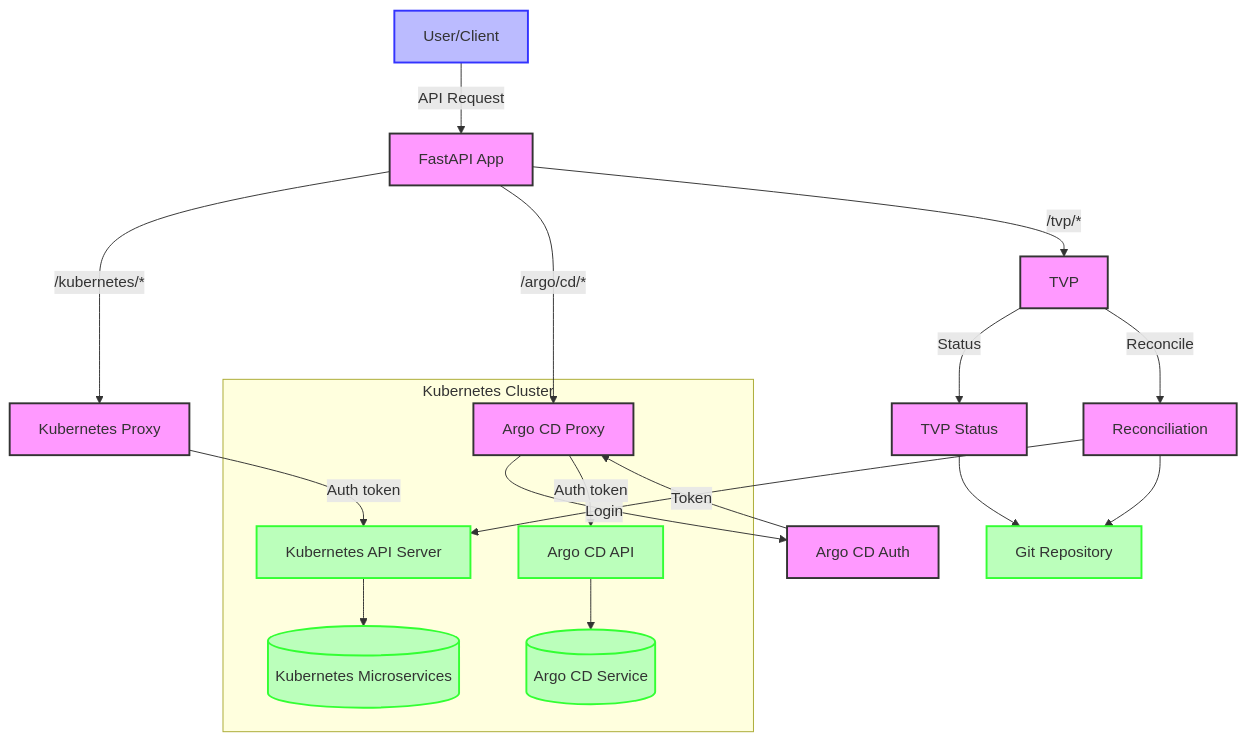
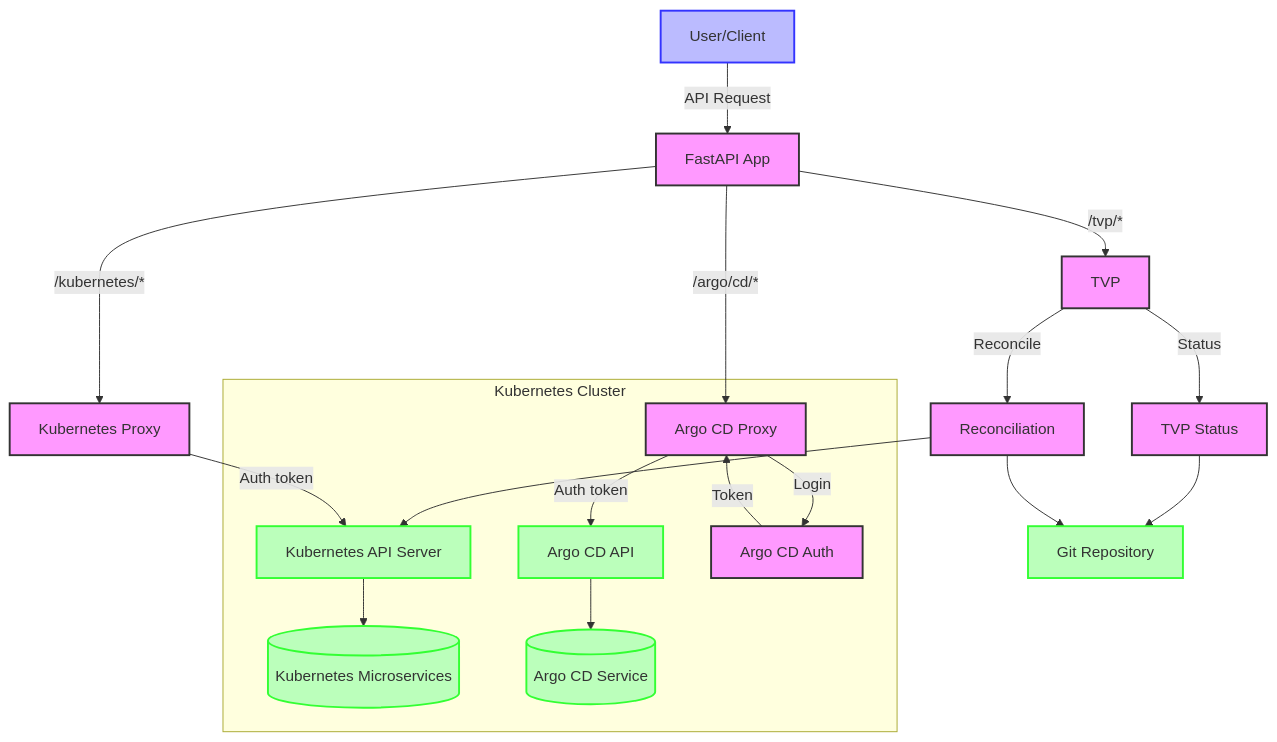
The diagram in fastapi/mermaid/data-flow-diagram.mermaid (lloydchang/tvp-k8s), drawn with Mermaid before and after one commit.

```diff
--- a/fastapi/mermaid/data-flow-diagram.mermaid
+++ b/fastapi/mermaid/data-flow-diagram.mermaid
@@ -1,31 +1,31 @@
 flowchart TD
     User[User/Client] -->|API Request| API[FastAPI App]
     
     API -->|/kubernetes/*| KP[Kubernetes Proxy]
     API -->|/argo/cd/*| AP[Argo CD Proxy]
     API -->|/tvp/*| TVP[TVP]
         
     TVP -->|Status| TS[TVP Status]
     TVP -->|Reconcile| R[Reconciliation]
     
     TS --> Git[Git Repository]
     R --> Git
     R --> KA
 
     KP -->|Auth token| KA[Kubernetes API Server]
-    AP -->|Login| Auth[Argo CD Auth]
+    AP -->|Auth token| AA[Argo CD API]
     Auth -->|Token| AP
 
     subgraph "Kubernetes Cluster"
-        AP -->|Auth token| AA[Argo CD API]
+        AP -->|Login| Auth[Argo CD Auth]
         KA --> Kubernetes[(Kubernetes Microservices)]
         AA --> ArgoCD[(Argo CD Service)]
     end
     
     classDef user fill:#bbf,stroke:#33f,stroke-width:2px
     classDef app fill:#f9f,stroke:#333,stroke-width:2px
     classDef external fill:#bfb,stroke:#3f3,stroke-width:2px
     
     class User user
     class API,KP,AP,TVP,TS,R,Auth app
     class Kubernetes,ArgoCD,Git,KA,AA external
```
